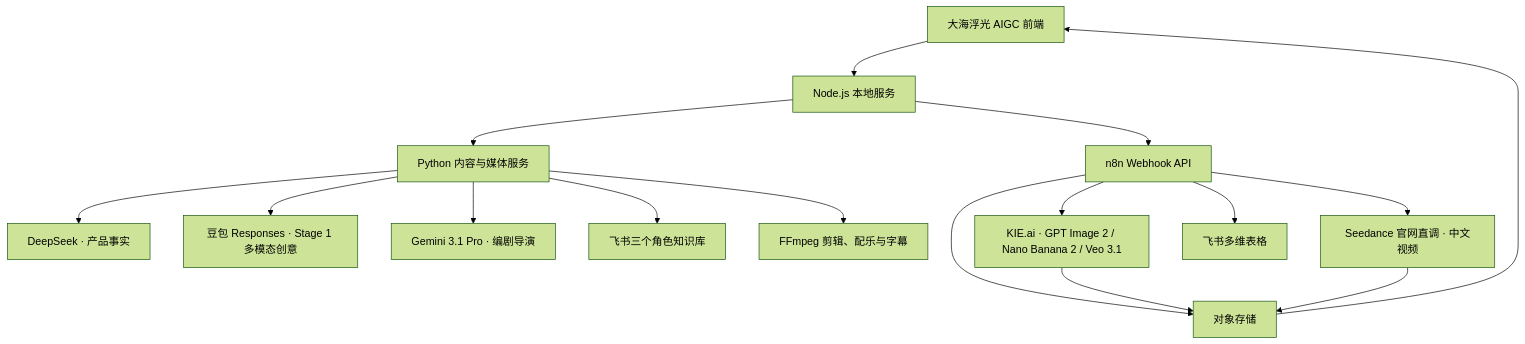
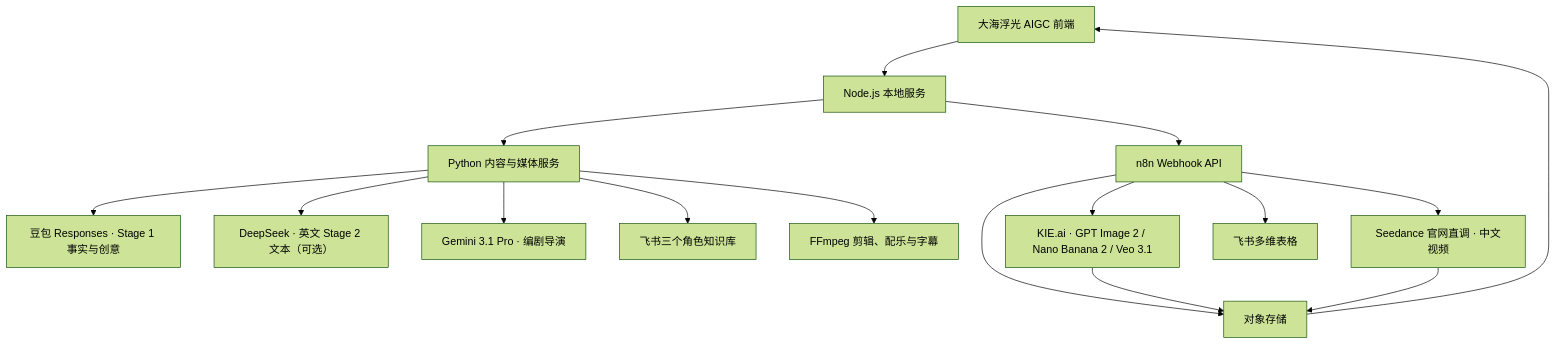
Before and after one commit to luoxiaohe0529-creator/ocean-glimmer-aigc: the diagram in docs/ARCHITECTURE.md, drawn with Mermaid (forest theme). The commit also changed other lines of this file and 18 other files, not shown here.

````diff
--- a/docs/ARCHITECTURE.md
+++ b/docs/ARCHITECTURE.md
@@ -9,18 +9,18 @@
 ```mermaid
 flowchart TB
   UI["大海浮光 AIGC 前端"] --> SERVER["Node.js 本地服务"]
   SERVER --> PYTHON["Python 内容与媒体服务"]
   SERVER --> N8N["n8n Webhook API"]
-  PYTHON --> DEEPSEEK["DeepSeek · 产品事实"]
-  PYTHON --> DOUBAO["豆包 Responses · Stage 1 多模态创意"]
+  PYTHON --> DOUBAO["豆包 Responses · Stage 1 事实与创意"]
+  PYTHON --> DEEPSEEK["DeepSeek · 英文 Stage 2 文本（可选）"]
   PYTHON --> GEMINI["Gemini 3.1 Pro · 编剧导演"]
   PYTHON --> KNOWLEDGE["飞书三个角色知识库"]
   PYTHON --> FFMPEG["FFmpeg 剪辑、配乐与字幕"]
   N8N --> KIE["KIE.ai · GPT Image 2 / Nano Banana 2 / Veo 3.1"]
   N8N --> VIDEO["Seedance 官网直调 · 中文视频"]
   N8N --> FEISHU["飞书多维表格"]
   N8N --> STORAGE["对象存储"]
   KIE --> STORAGE
   VIDEO --> STORAGE
   STORAGE --> UI
 ```
````
